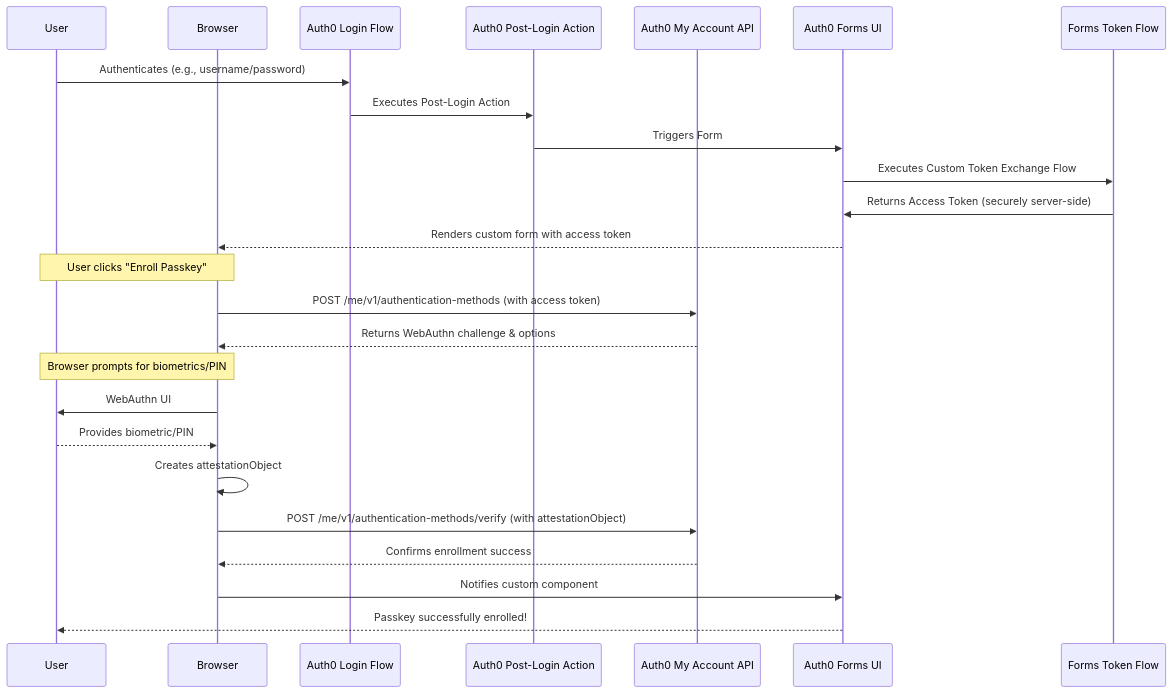
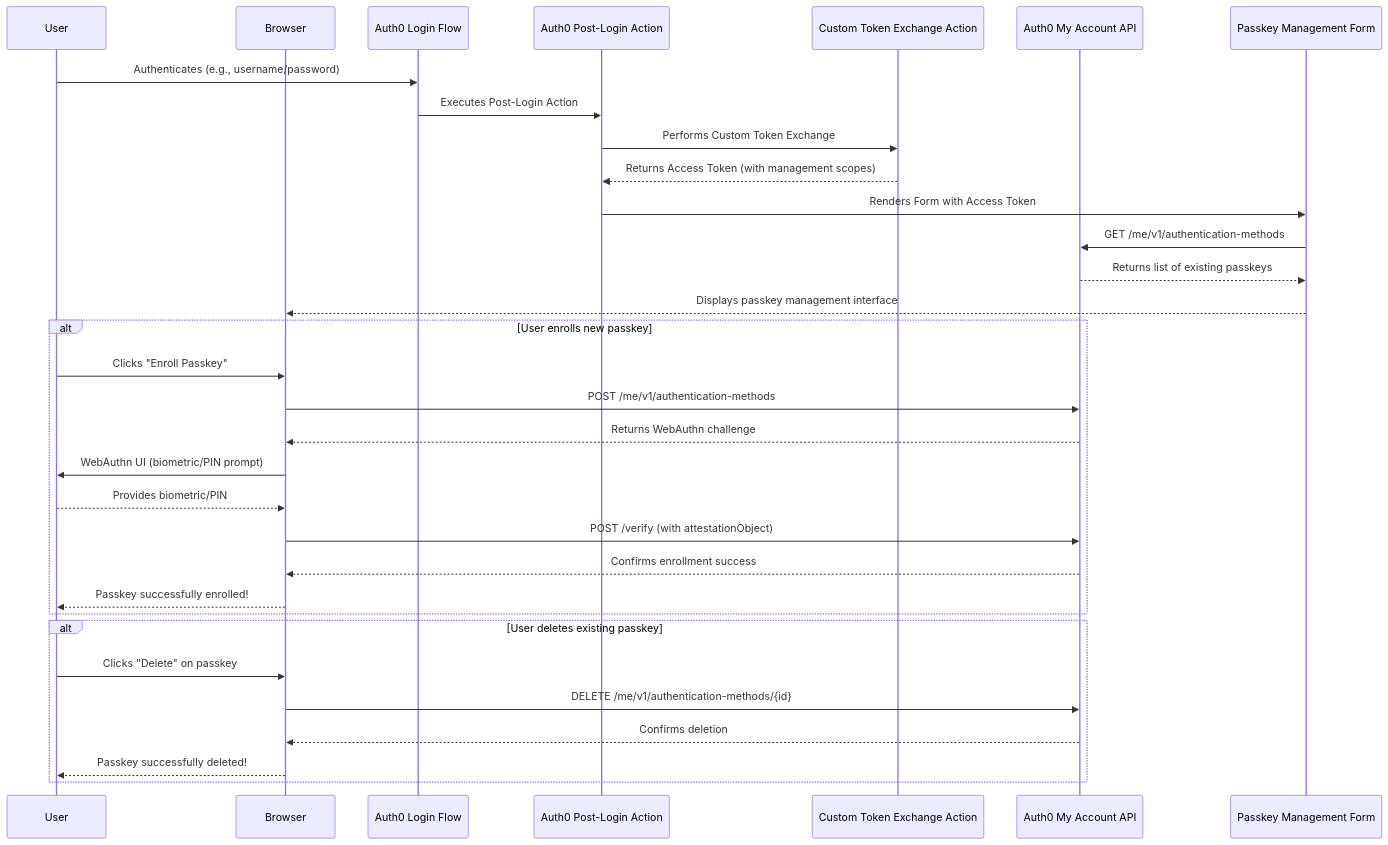
The diagram in README.md (awhitmana0/a0-passkeyforms-demo), drawn with Mermaid before and after one commit. The commit also changed other lines of this file, not shown here.

````diff
--- a/README.md
+++ b/README.md
@@ -499,28 +549,37 @@
 ```mermaid
 sequenceDiagram
     participant User
     participant Browser
     participant Auth0Login as Auth0 Login Flow
     participant Auth0Actions as Auth0 Post-Login Action
+    participant CTEAction as Custom Token Exchange Action
     participant MyAccountAPI as Auth0 My Account API
-    participant Auth0Forms as Auth0 Forms UI
-    participant FormsFlow as Forms Token Flow
+    participant Auth0Forms as Passkey Management Form
 
     User->>Auth0Login: Authenticates (e.g., username/password)
     Auth0Login->>Auth0Actions: Executes Post-Login Action
-    Auth0Actions->>Auth0Forms: Triggers Form
-    Auth0Forms->>FormsFlow: Executes Custom Token Exchange Flow
-    FormsFlow->>Auth0Forms: Returns Access Token (securely server-side)
-    Auth0Forms-->>Browser: Renders custom form with access token
-    Note over User,Browser: User clicks "Enroll Passkey"
-    Browser->>MyAccountAPI: POST /me/v1/authentication-methods (with access token)
-    MyAccountAPI-->>Browser: Returns WebAuthn challenge & options
-    Note over User,Browser: Browser prompts for biometrics/PIN
-    Browser->>User: WebAuthn UI
-    User-->>Browser: Provides biometric/PIN
-    Browser->>Browser: Creates attestationObject
-    Browser->>MyAccountAPI: POST /me/v1/authentication-methods/verify (with attestationObject)
-    MyAccountAPI-->>Browser: Confirms enrollment success
-    Browser->>Auth0Forms: Notifies custom component
-    Auth0Forms-->>User: Passkey successfully enrolled!
+    Auth0Actions->>CTEAction: Performs Custom Token Exchange
+    CTEAction-->>Auth0Actions: Returns Access Token (with management scopes)
+    Auth0Actions->>Auth0Forms: Renders Form with Access Token
+    Auth0Forms->>MyAccountAPI: GET /me/v1/authentication-methods
+    MyAccountAPI-->>Auth0Forms: Returns list of existing passkeys
+    Auth0Forms-->>Browser: Displays passkey management interface
+
+    alt User enrolls new passkey
+        User->>Browser: Clicks "Enroll Passkey"
+        Browser->>MyAccountAPI: POST /me/v1/authentication-methods
+        MyAccountAPI-->>Browser: Returns WebAuthn challenge
+        Browser->>User: WebAuthn UI (biometric/PIN prompt)
+        User-->>Browser: Provides biometric/PIN
+        Browser->>MyAccountAPI: POST /verify (with attestationObject)
+        MyAccountAPI-->>Browser: Confirms enrollment success
+        Browser-->>User: Passkey successfully enrolled!
+    end
+
+    alt User deletes existing passkey
+        User->>Browser: Clicks "Delete" on passkey
+        Browser->>MyAccountAPI: DELETE /me/v1/authentication-methods/{id}
+        MyAccountAPI-->>Browser: Confirms deletion
+        Browser-->>User: Passkey successfully deleted!
+    end
 ```
````
